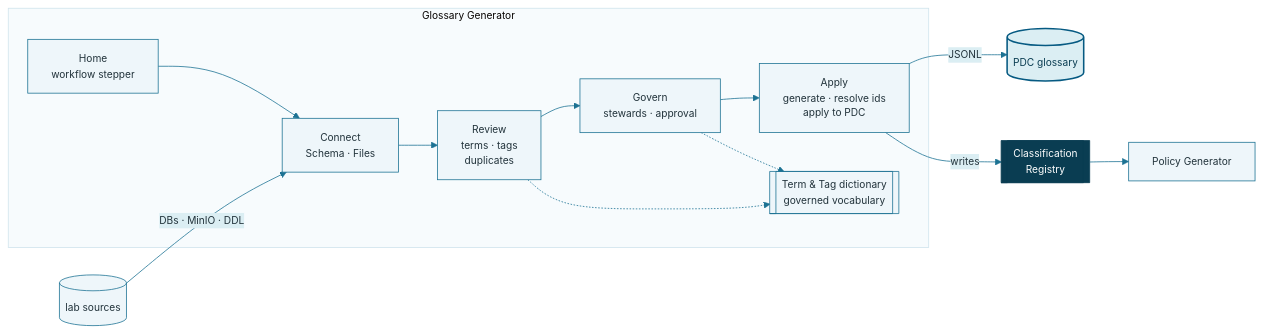
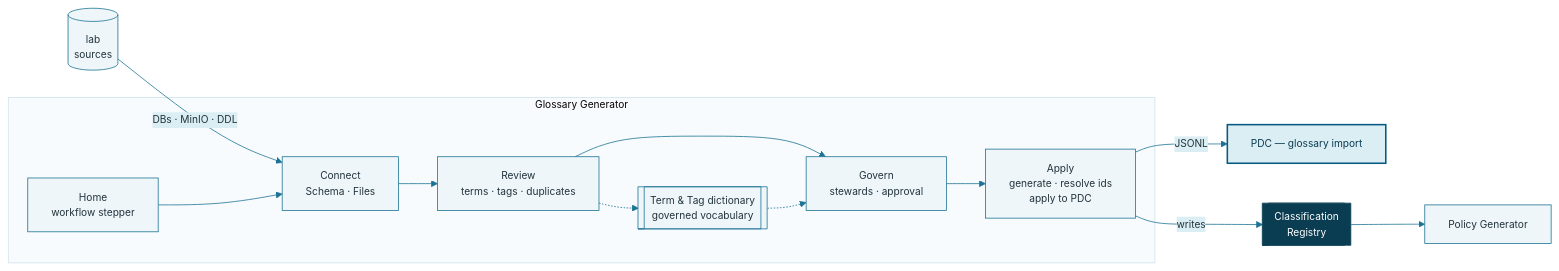
One commit to jporeilly/PDC-Glossary-Generator changed the diagram in README.md. Above: the diagram before and after it, drawn with Mermaid. The commit also changed other lines of this file and 8 other files, not shown here.

````diff
--- a/README.md
+++ b/README.md
@@ -87,20 +87,20 @@
 ```mermaid
 %%{init: {'theme':'base','themeVariables':{'primaryColor':'#EEF6FA','primaryBorderColor':'#1C7293','primaryTextColor':'#22333B','secondaryColor':'#DBEEF3','tertiaryColor':'#F7FBFD','lineColor':'#1C7293','fontFamily':'Segoe UI, sans-serif','fontSize':'13px','clusterBkg':'#F7FBFD','clusterBorder':'#CFE3EC'}}}%%
 flowchart LR
-    SRC[("lab sources")] -- "DBs · MinIO · DDL" --> CON
+    SRC[("lab<br/>sources")] -- "DBs · MinIO · DDL" --> CON
     subgraph APP["Glossary Generator"]
         HOME["Home<br/>workflow stepper"] --> CON["Connect<br/>Schema · Files"]
-        CON --> REV["Review<br/>terms · tags<br/>duplicates"]
+        CON --> REV["Review<br/>terms · tags · duplicates"]
         REV --> GOV["Govern<br/>stewards · approval"]
         GOV --> APPLY["Apply<br/>generate · resolve ids<br/>apply to PDC"]
         REV -.-> DICT[["Term & Tag dictionary<br/>governed vocabulary"]]
-        GOV -.-> DICT
+        DICT -.-> GOV
     end
-    APPLY -- "JSONL" --> PDC[("PDC glossary")]
+    APPLY -- "JSONL" --> PDCI["PDC — glossary import"]
     APPLY -- "writes" --> REG[["Classification<br/>Registry"]]
     REG --> PG["Policy Generator"]
     classDef contract fill:#0A3D52,color:#fff,stroke:#0A3D52
     classDef pdc fill:#DBEEF3,stroke:#065A82,color:#0A3D52,stroke-width:2px
     class REG contract
-    class PDC pdc
+    class PDCI pdc
 ```
````
